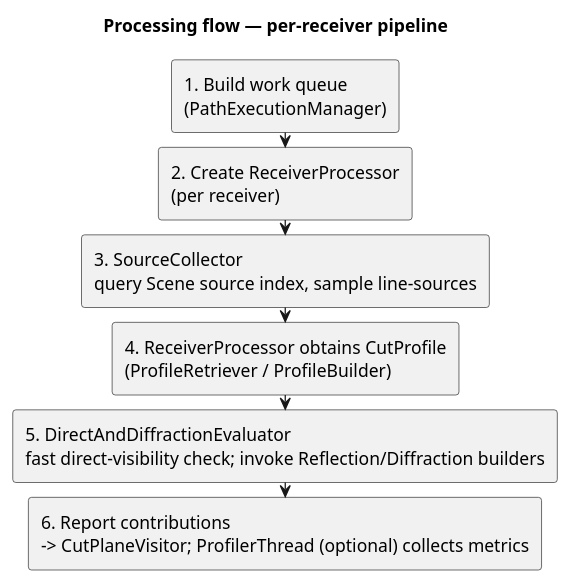
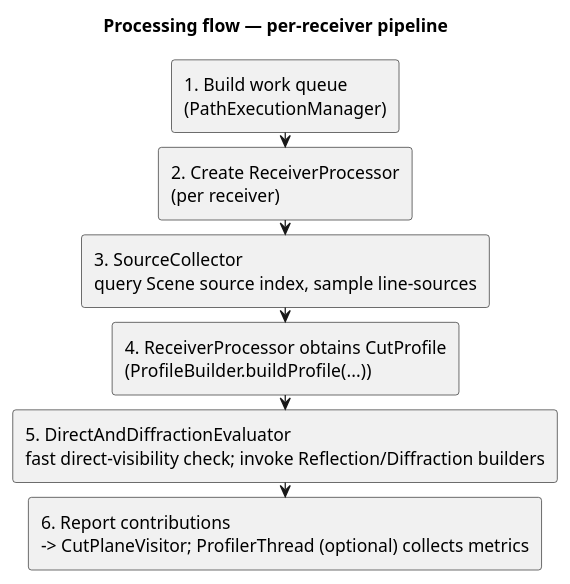
One commit to jtagusari/NoiseModelling changed the second of 4 diagrams in Docs-dev/pathfinder_algorithms.md. Above: the diagram before and after it, drawn with PlantUML. The commit also changed other lines of this file and 30 other files, not shown here.

````diff
--- a/Docs-dev/pathfinder_algorithms.md
+++ b/Docs-dev/pathfinder_algorithms.md
@@ -112,22 +115,22 @@
 ```plantuml
 @startuml
 top to bottom direction
 skinparam componentStyle rectangle
 skinparam nodesep 10
 skinparam ranksep 12
 title Processing flow — per-receiver pipeline
 rectangle A as "1. Build work queue\n(PathExecutionManager)"
 rectangle B as "2. Create ReceiverProcessor\n(per receiver)"
 rectangle C as "3. SourceCollector\nquery Scene source index, sample line-sources"
-rectangle D as "4. ReceiverProcessor obtains CutProfile\n(ProfileRetriever / ProfileBuilder)"
+rectangle D as "4. ReceiverProcessor obtains CutProfile\n(ProfileBuilder.buildProfile(...))"
 rectangle E as "5. DirectAndDiffractionEvaluator\nfast direct-visibility check; invoke Reflection/Diffraction builders"
 rectangle F as "6. Report contributions\n-> CutPlaneVisitor; ProfilerThread (optional) collects metrics"
 
 A --> B
 B --> C
 C --> D
 D --> E
 E --> F
 
 @enduml
 ```
````
